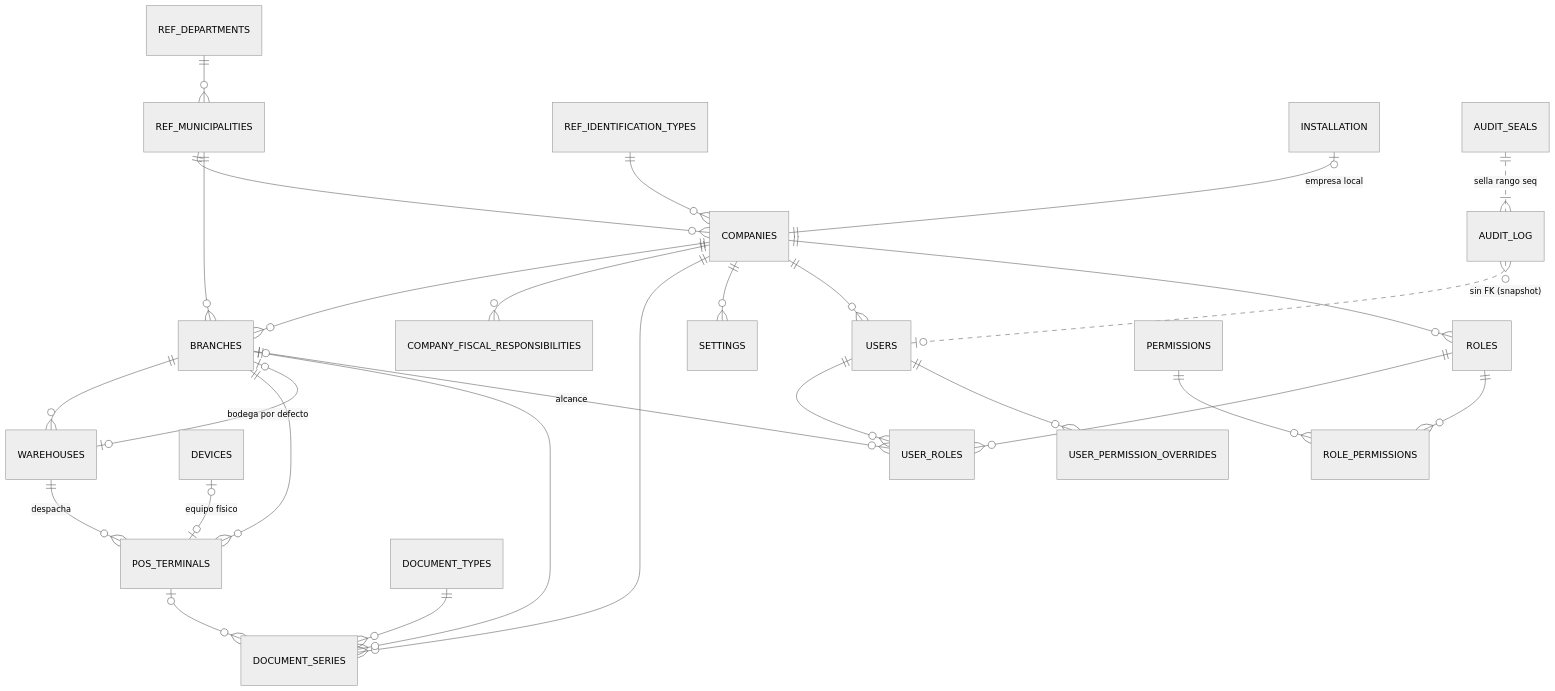
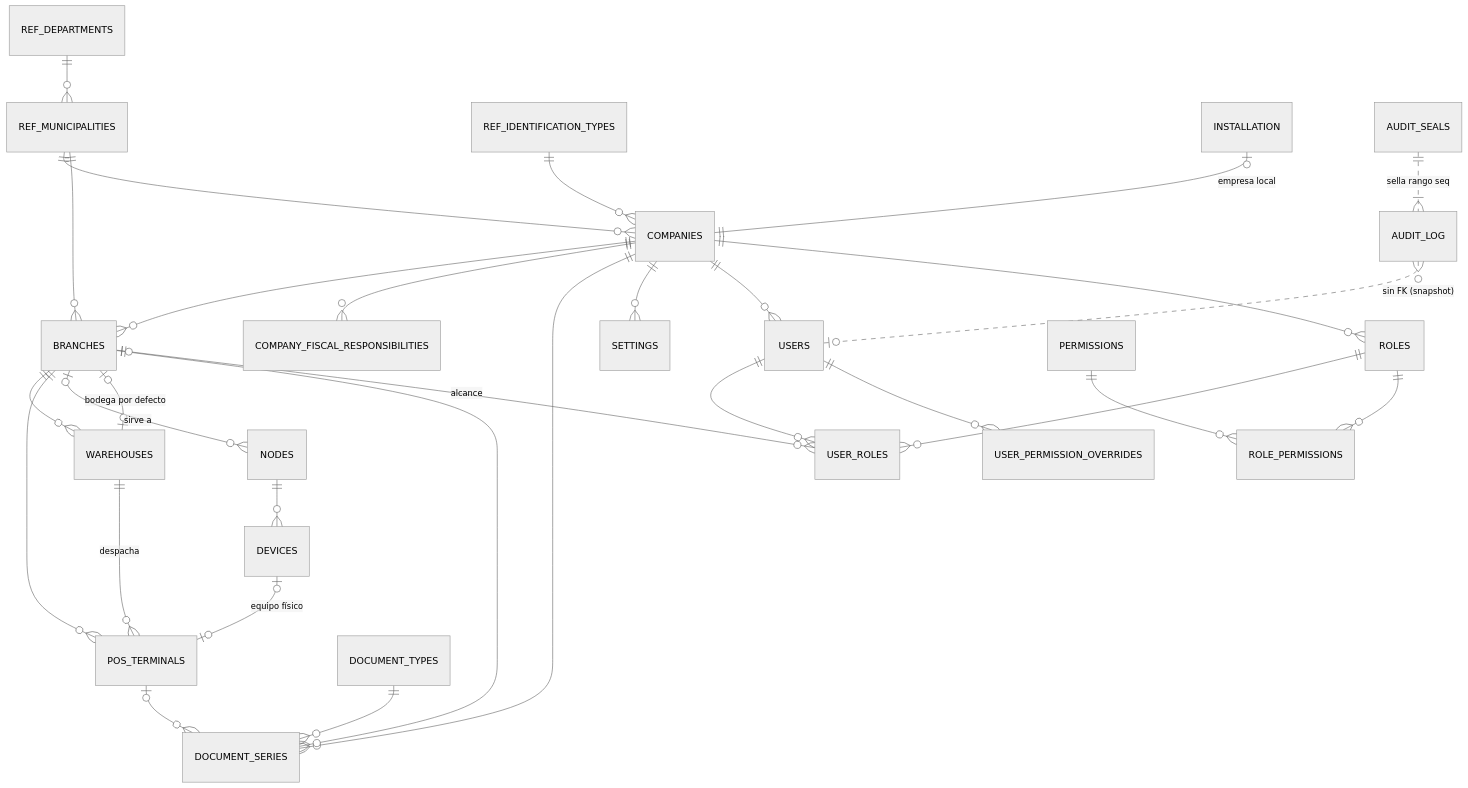
Before and after one commit to JaraAlvarez/sistemaPost: the second of 2 diagrams in docs/fases/fase-02-propuesta.md, drawn with Mermaid (neutral theme). The commit also changed other lines of this file and 1 other file, not shown here.

````diff
--- a/docs/fases/fase-02-propuesta.md
+++ b/docs/fases/fase-02-propuesta.md
@@ -387,30 +447,32 @@
 ```mermaid
 erDiagram
   COMPANIES ||--o{ BRANCHES : ""
   COMPANIES ||--o{ COMPANY_FISCAL_RESPONSIBILITIES : ""
   BRANCHES ||--o{ WAREHOUSES : ""
   BRANCHES ||--o{ POS_TERMINALS : ""
   WAREHOUSES ||--o{ POS_TERMINALS : "despacha"
   DEVICES |o--o| POS_TERMINALS : "equipo físico"
+  NODES ||--o{ DEVICES : ""
+  BRANCHES |o--o{ NODES : "sirve a"
   BRANCHES |o--o| WAREHOUSES : "bodega por defecto"
   COMPANIES ||--o{ DOCUMENT_SERIES : ""
   BRANCHES ||--o{ DOCUMENT_SERIES : ""
   POS_TERMINALS |o--o{ DOCUMENT_SERIES : ""
   DOCUMENT_TYPES ||--o{ DOCUMENT_SERIES : ""
   COMPANIES ||--o{ SETTINGS : ""
   COMPANIES ||--o{ USERS : ""
   COMPANIES ||--o{ ROLES : ""
   USERS ||--o{ USER_ROLES : ""
   ROLES ||--o{ USER_ROLES : ""
   BRANCHES |o--o{ USER_ROLES : "alcance"
   ROLES ||--o{ ROLE_PERMISSIONS : ""
   PERMISSIONS ||--o{ ROLE_PERMISSIONS : ""
   USERS ||--o{ USER_PERMISSION_OVERRIDES : ""
   REF_MUNICIPALITIES ||--o{ COMPANIES : ""
   REF_MUNICIPALITIES ||--o{ BRANCHES : ""
   REF_DEPARTMENTS ||--o{ REF_MUNICIPALITIES : ""
   REF_IDENTIFICATION_TYPES ||--o{ COMPANIES : ""
   INSTALLATION |o--|| COMPANIES : "empresa local"
   AUDIT_LOG }o..o| USERS : "sin FK (snapshot)"
   AUDIT_SEALS ||..|{ AUDIT_LOG : "sella rango seq"
 ```
````
